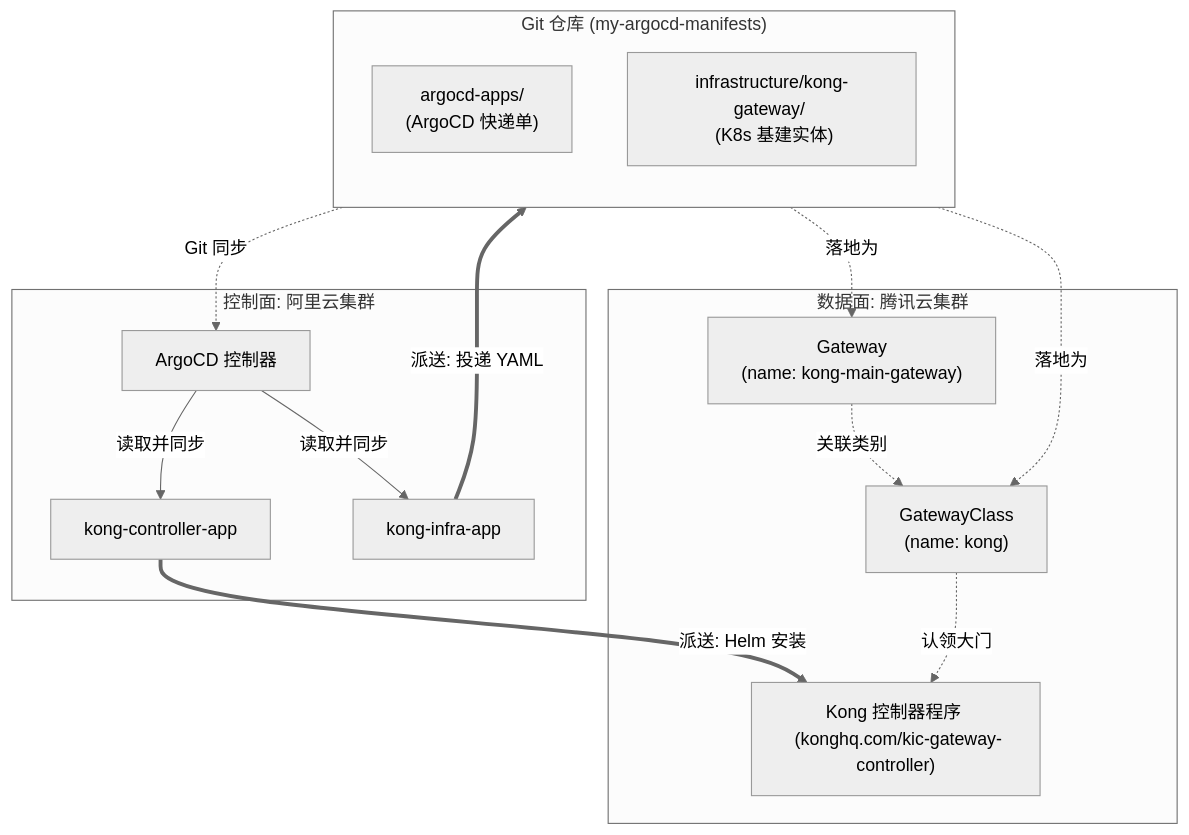
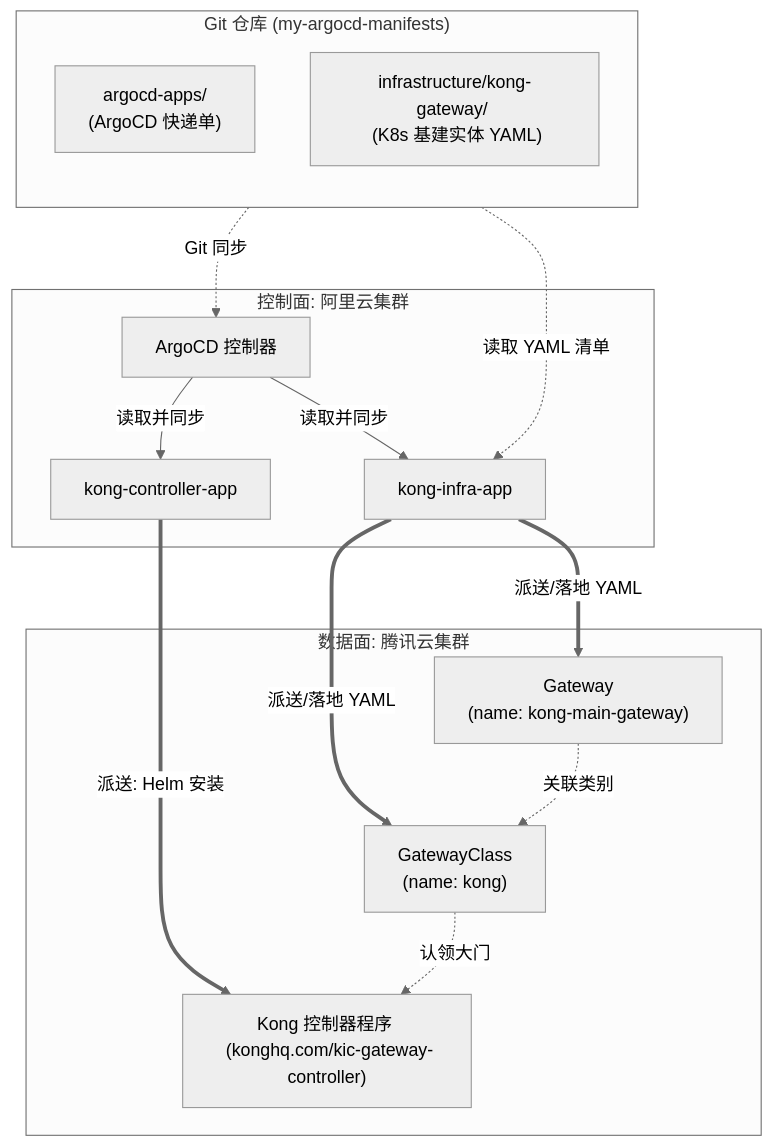
Before and after one commit to nvd11/my-blogs: the diagram in argocd-kong-gateway-api-gitops.md, drawn with Mermaid (neutral theme).

Commit message:
docs: fix dataflow directions in section 1.1 architecture diagram

````diff
--- a/argocd-kong-gateway-api-gitops.md
+++ b/argocd-kong-gateway-api-gitops.md
@@ -14,32 +14,33 @@
 ```mermaid
 graph TD
     subgraph GitRepo ["Git 仓库 (my-argocd-manifests)"]
         direction TB
-        App["argocd-apps/ <br/> (ArgoCD 快递单)"]
-        Infra["infrastructure/kong-gateway/ <br/> (K8s 基建实体)"]
+        AppDir["argocd-apps/ <br/> (ArgoCD 快递单)"]
+        InfraDir["infrastructure/kong-gateway/ <br/> (K8s 基建实体 YAML)"]
     end
 
     subgraph ControlPlane ["控制面: 阿里云集群"]
         ArgoCD["ArgoCD 控制器"]
         App1["kong-controller-app"]
         App2["kong-infra-app"]
         ArgoCD -->|读取并同步| App1
         ArgoCD -->|读取并同步| App2
     end
 
     subgraph DataPlane ["数据面: 腾讯云集群"]
         KIC["Kong 控制器程序 <br/> (konghq.com/kic-gateway-controller)"]
         GC["GatewayClass <br/> (name: kong)"]
         GW["Gateway <br/> (name: kong-main-gateway)"]
     end
 
-    App -.->|Git 同步| ArgoCD
+    AppDir -.->|Git 同步| ArgoCD
     
     App1 ==>|派送: Helm 安装| KIC
-    App2 ==>|派送: 投递 YAML| Infra
-    Infra -.->|落地为| GC
-    Infra -.->|落地为| GW
+    
+    InfraDir -.->|读取 YAML 清单| App2
+    App2 ==>|派送/落地 YAML| GC
+    App2 ==>|派送/落地 YAML| GW
     
     GC -.->|认领大门| KIC
     GW -.->|关联类别| GC
 ```
````
